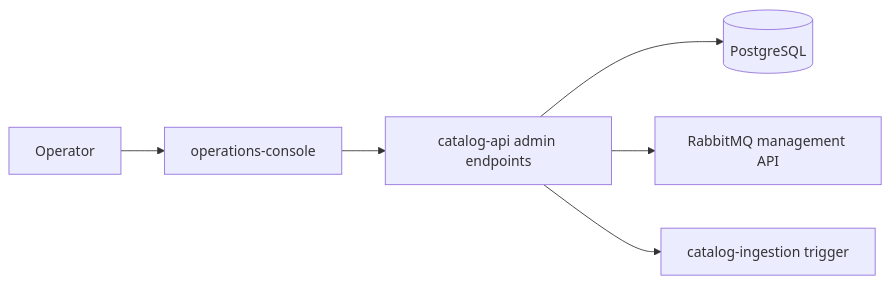
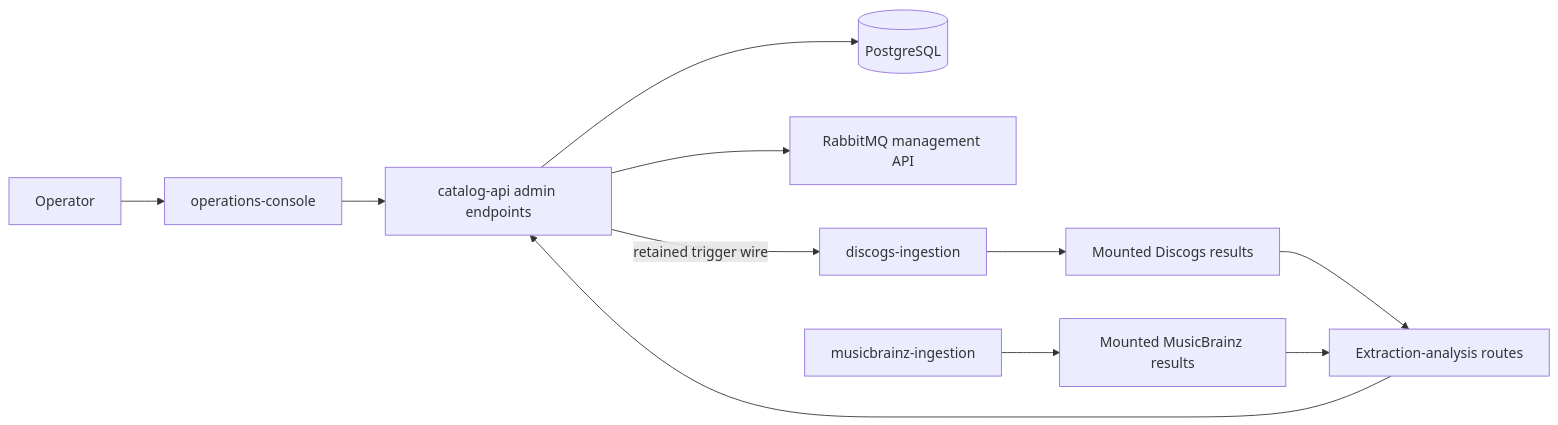
Before and after one commit to groovemap-music/catalog-api: the diagram in docs/admin-guide.md, drawn with Mermaid. The commit also changed other lines of this file and 11 other files, not shown here.

````diff
--- a/docs/admin-guide.md
+++ b/docs/admin-guide.md
@@ -9,8 +9,13 @@
 ```mermaid
 flowchart LR
     Operator[Operator] --> Console[operations-console]
     Console --> AdminAPI[catalog-api admin endpoints]
     AdminAPI --> PostgreSQL[(PostgreSQL)]
     AdminAPI --> RabbitMQ[RabbitMQ management API]
-    AdminAPI --> Ingestion[catalog-ingestion trigger]
+    AdminAPI -->|retained trigger wire| Discogs[discogs-ingestion]
+    Discogs --> DiscogsResults[Mounted Discogs results]
+    MusicBrainz[musicbrainz-ingestion] --> MusicBrainzResults[Mounted MusicBrainz results]
+    DiscogsResults --> Analysis[Extraction-analysis routes]
+    MusicBrainzResults --> Analysis
+    Analysis --> AdminAPI
 ```
````
